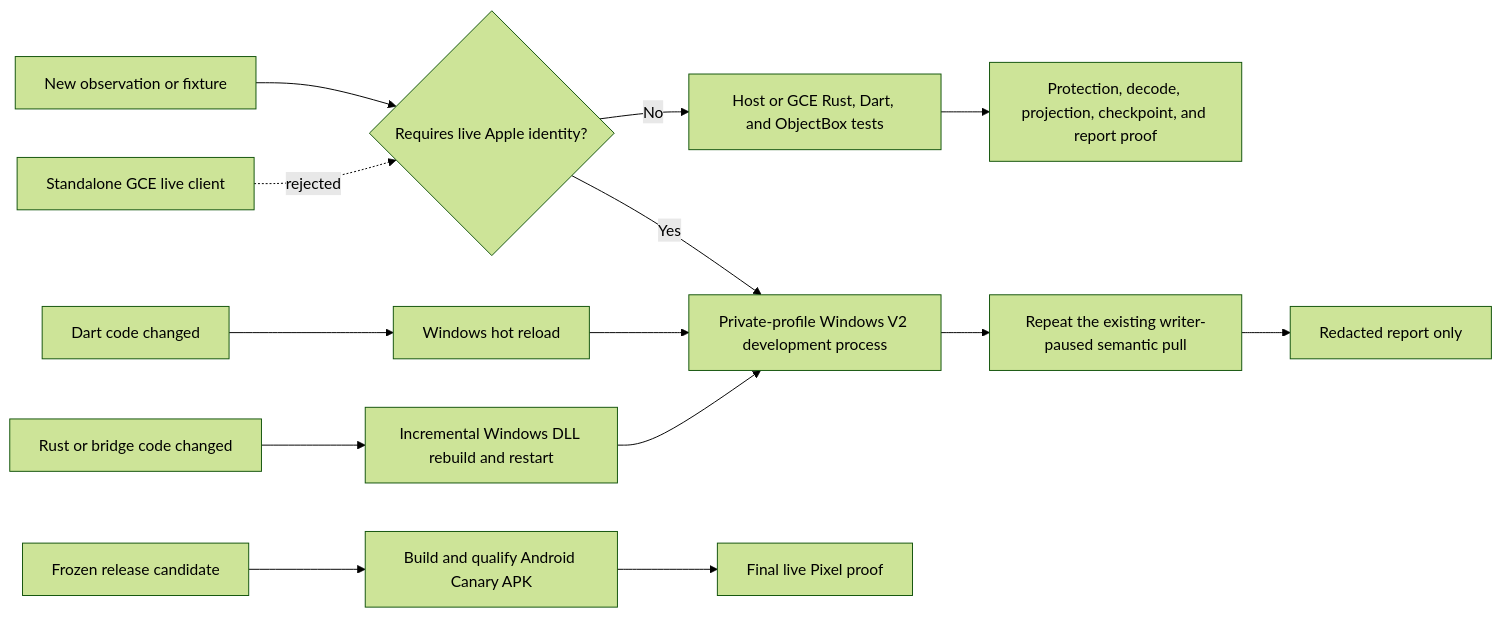
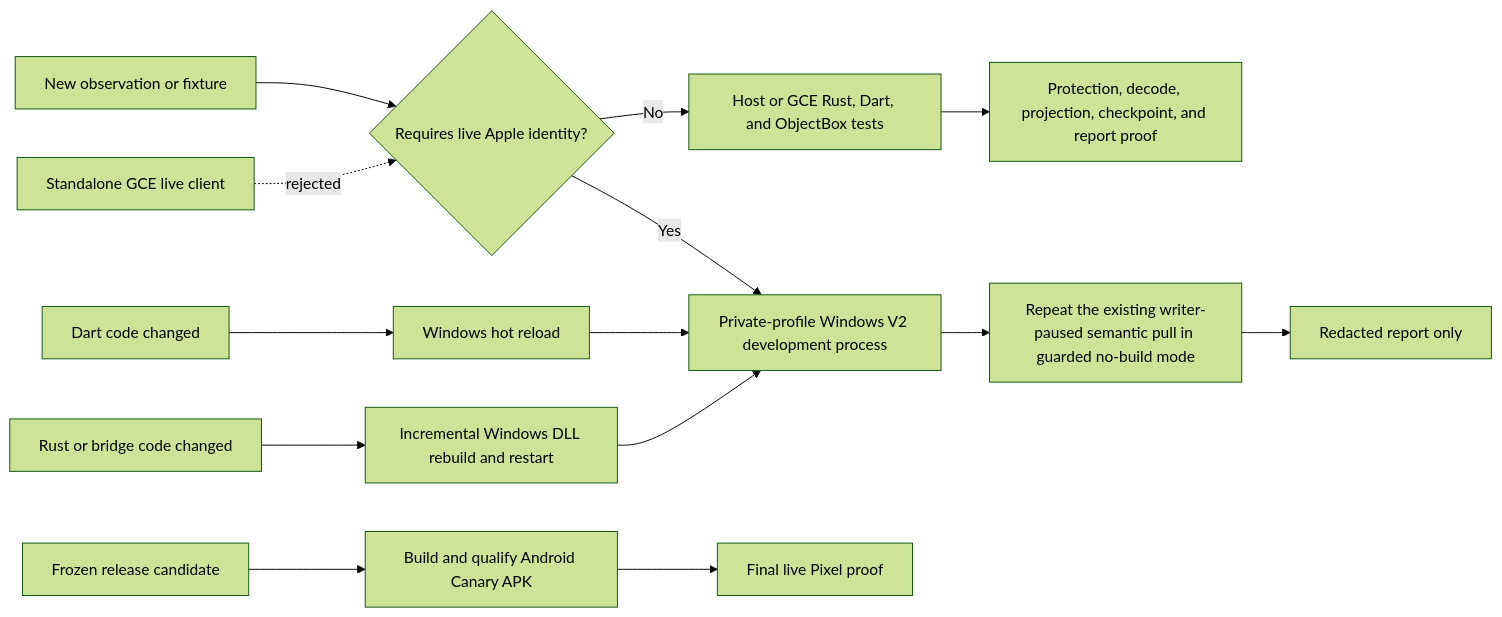
Before and after one commit to Xare123/openbubbles-app: the third of 3 diagrams in docs/CLOUD_SYNC_V2_CONNECTION_TREEMAP.md, drawn with Mermaid (forest theme). The commit also changed other lines of this file and 37 other files, not shown here.

````diff
--- a/docs/CLOUD_SYNC_V2_CONNECTION_TREEMAP.md
+++ b/docs/CLOUD_SYNC_V2_CONNECTION_TREEMAP.md
@@ -123,16 +125,16 @@
 ```mermaid
 flowchart LR
   I[New observation or fixture] --> K{Requires live Apple identity?}
   K -- No --> H[Host or GCE Rust, Dart, and ObjectBox tests]
   H --> R[Protection, decode, projection, checkpoint, and report proof]
   K -- Yes --> W[Private-profile Windows V2 development process]
-  W --> P[Repeat the existing writer-paused semantic pull]
+  W --> P[Repeat the existing writer-paused semantic pull in guarded no-build mode]
   P --> Z[Redacted report only]
   N[Dart code changed] --> D[Windows hot reload]
   D --> W
   V[Rust or bridge code changed] --> B[Incremental Windows DLL rebuild and restart]
   B --> W
   Q[Frozen release candidate] --> C[Build and qualify Android Canary APK]
   C --> L[Final live Pixel proof]
   X[Standalone GCE live client] -. rejected .-> K
 ```
````
